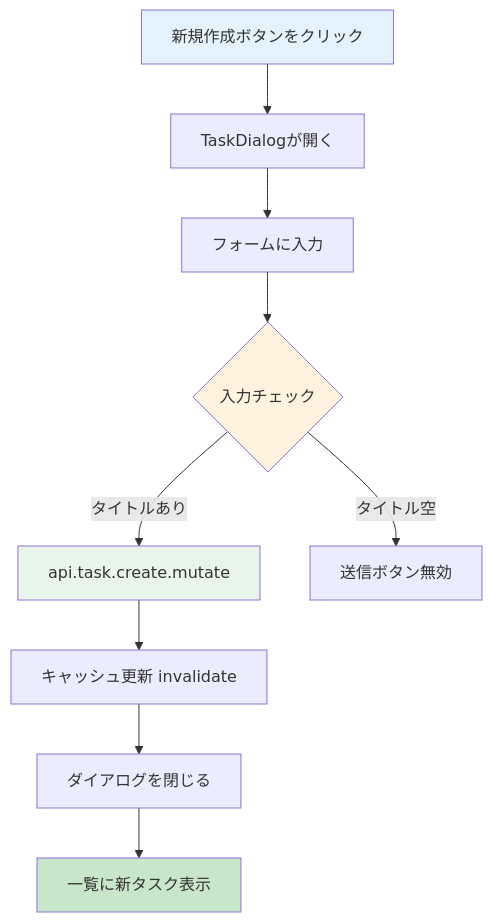
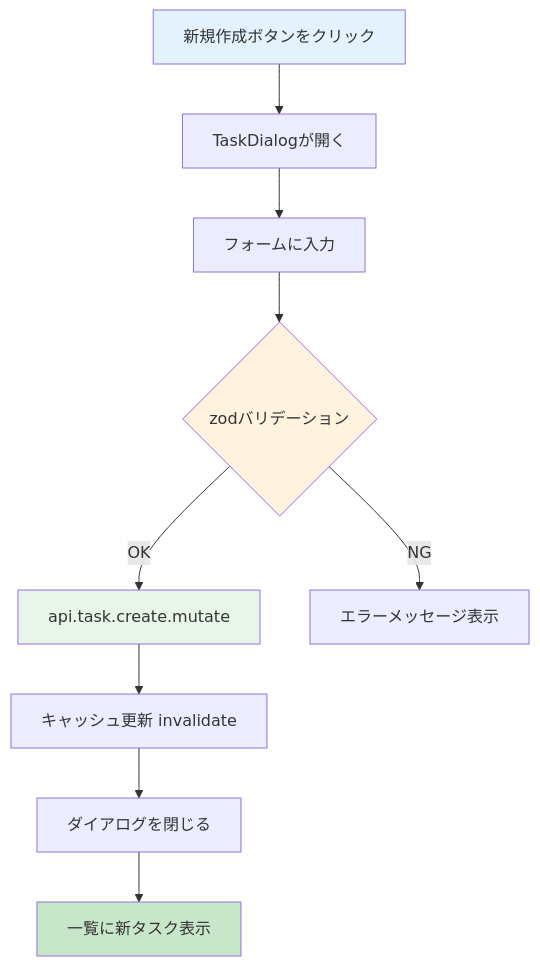
The diagram in material/30days-curriculum/day14_タスク新規作成.md (kouiso/task-app), drawn with Mermaid before and after one commit. The commit also changed other lines of this file and 2 other files, not shown here.

````diff
--- a/material/30days-curriculum/day14_タスク新規作成.md
+++ b/material/30days-curriculum/day14_タスク新規作成.md
@@ -24,16 +25,16 @@
 ```mermaid
 graph TD
     A[新規作成ボタンをクリック] --> B[TaskDialogが開く]
     B --> C[フォームに入力]
-    C --> D{入力チェック}
-    D -->|タイトルあり| E[api.task.create.mutate]
-    D -->|タイトル空| F[送信ボタン無効]
+    C --> D{zodバリデーション}
+    D -->|OK| E[api.task.create.mutate]
+    D -->|NG| F[エラーメッセージ表示]
     E --> G[キャッシュ更新 invalidate]
     G --> H[ダイアログを閉じる]
     H --> I[一覧に新タスク表示]
 
     style A fill:#e3f2fd
     style D fill:#fff3e0
     style E fill:#e8f5e9
     style I fill:#c8e6c9
 ```
````
